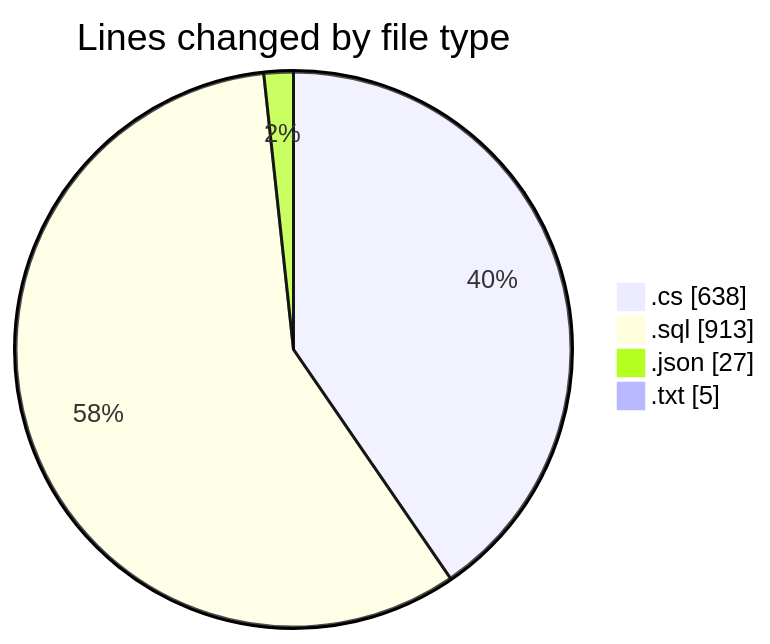
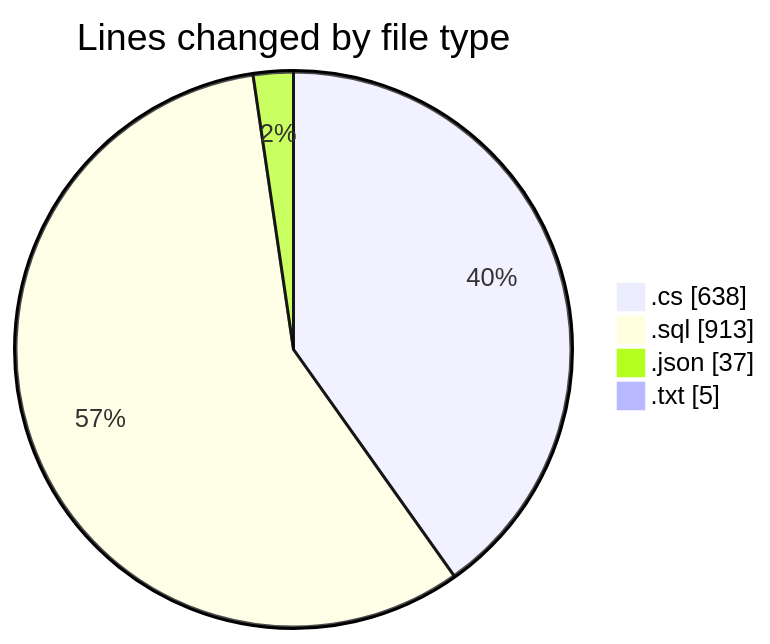
The first of 2 diagrams in 2025-04-04/back-end/README.md (Netris89/code-tracking), drawn with Mermaid before and after one commit. The commit also changed other lines of this file and 1 other file, not shown here.

````diff
--- a/2025-04-04/back-end/README.md
+++ b/2025-04-04/back-end/README.md
@@ -24,8 +24,8 @@
 ```mermaid
 pie showData
 title Lines changed by file type
 ".cs" : 638
 ".sql" : 913
-".json" : 27
+".json" : 37
 ".txt" : 5
 ```
````
